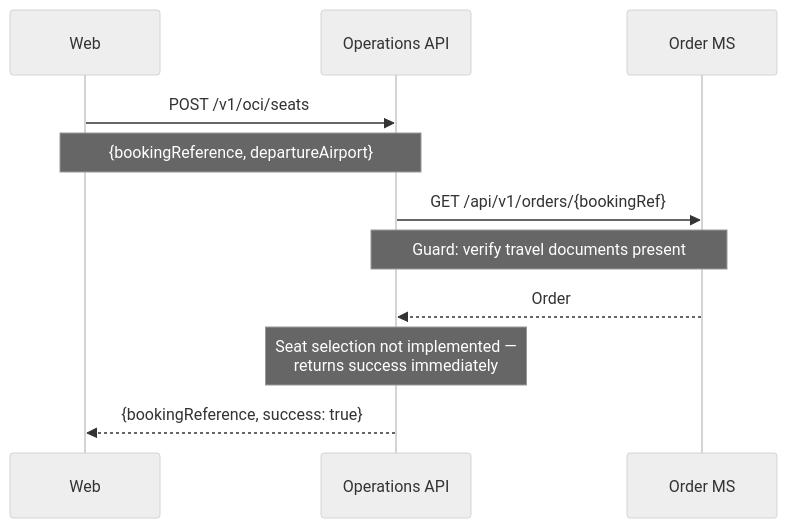
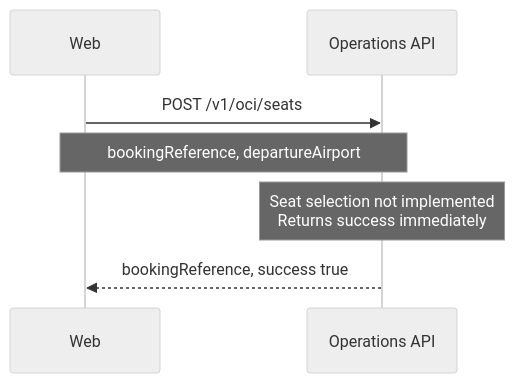
One commit to sebharvey/airline-reservation-system changed the fourth of 8 diagrams in documentation/sequences/check-in.md. Above: the diagram before and after it, drawn with Mermaid (neutral theme). The commit also changed other lines of this file, not shown here.

First line of the commit message:
Update OLCI sequence diagrams with Timatic integration and accurate flows

````diff
--- a/documentation/sequences/check-in.md
+++ b/documentation/sequences/check-in.md
@@ -85,16 +96,12 @@
 ```mermaid
 sequenceDiagram
     participant Web
     participant OpsAPI as Operations API
-    participant OrderMS as Order MS
 
     Web->>OpsAPI: POST /v1/oci/seats
-    Note over Web,OpsAPI: {bookingReference, departureAirport}
+    Note over Web,OpsAPI: bookingReference, departureAirport
 
-    OpsAPI->>OrderMS: GET /api/v1/orders/{bookingRef}
-    Note over OpsAPI,OrderMS: Guard: verify travel documents present
-    OrderMS-->>OpsAPI: Order
+    Note over OpsAPI: Seat selection not implemented<br/>Returns success immediately
 
-    Note over OpsAPI: Seat selection not implemented —<br/>returns success immediately
-    OpsAPI-->>Web: {bookingReference, success: true}
+    OpsAPI-->>Web: bookingReference, success true
 ```
````
